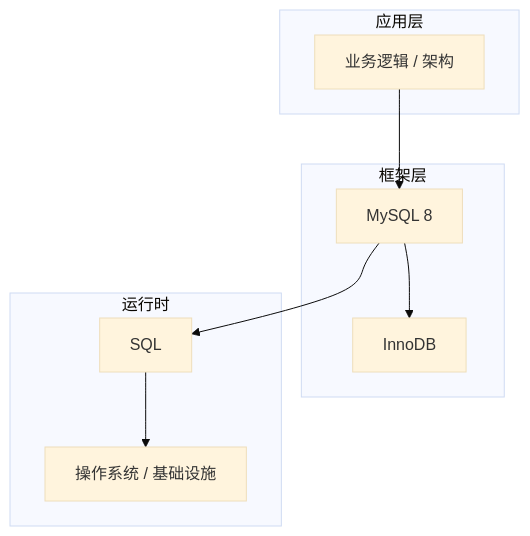
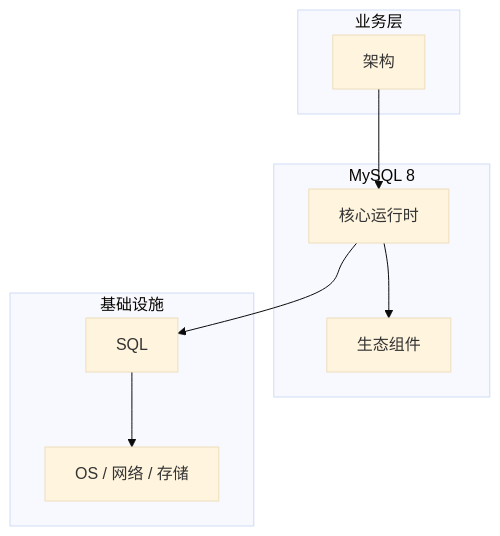
The diagram in articles/MySQL/chapters/012-架构核心概念与原理.md (yanggan2015/knowledge-json-v2), drawn with Mermaid (base theme) before and after one commit. The commit also changed other lines of this file and 10127 other files, not shown here.

````diff
--- a/articles/MySQL/chapters/012-架构核心概念与原理.md
+++ b/articles/MySQL/chapters/012-架构核心概念与原理.md
@@ -45,18 +34,18 @@
 ```mermaid
 graph TB
-    subgraph 应用层
-        A[业务逻辑 / 架构]
+    subgraph 业务层
+        A[架构]
     end
-    subgraph 框架层
-        B[MySQL 8]
-        C[InnoDB]
+    subgraph MySQL 8
+        B[核心运行时]
+        C[生态组件]
     end
-    subgraph 运行时
+    subgraph 基础设施
         D[SQL]
-        E[操作系统 / 基础设施]
+        E[OS / 网络 / 存储]
     end
     A --> B
     B --> C
     B --> D
     D --> E
 ```
````
